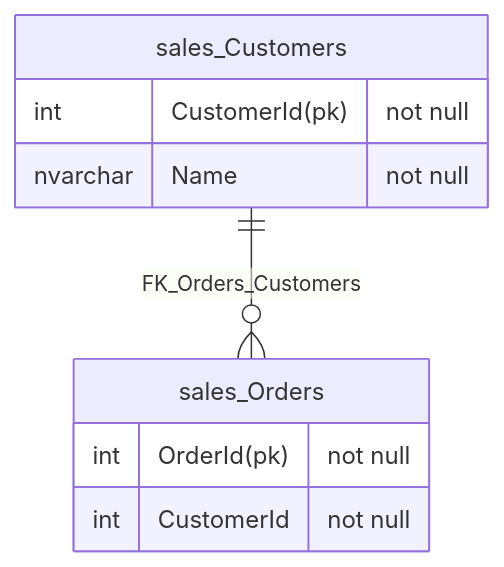
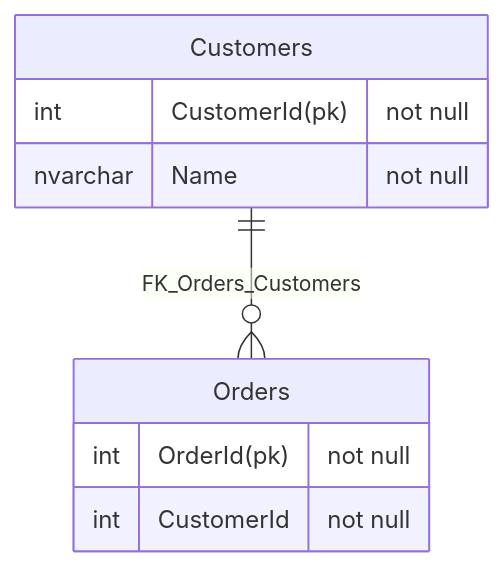
Before and after one commit to SimonCropp/DbToMermaid: the second of 2 diagrams in readme.md, drawn with Mermaid. The commit also changed other lines of this file and 3 other files, not shown here.

````diff
--- a/readme.md
+++ b/readme.md
@@ -324,12 +325,12 @@
 ```mermaid
 erDiagram
-  sales_Customers {
+  Customers {
     int CustomerId(pk) "not null"
     nvarchar Name "not null"
   }
-  sales_Orders {
+  Orders {
     int OrderId(pk) "not null"
     int CustomerId "not null"
   }
-  sales_Customers ||--o{ sales_Orders : "FK_Orders_Customers"
+  Customers ||--o{ Orders : "FK_Orders_Customers"
 ```
````
